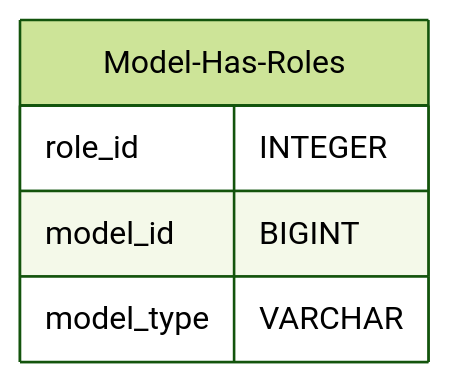
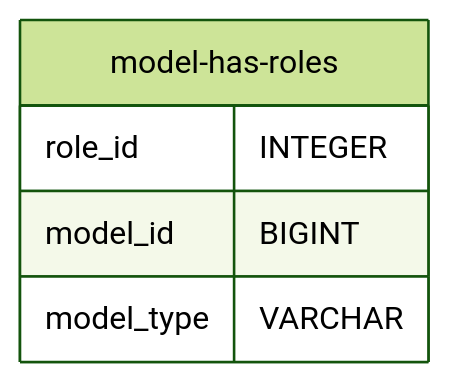
One commit to codeitlikemiley/arta-ecms-docs changed the sixth of 41 diagrams in infrastructure/db-schema.mdx. Above: the diagram before and after it, drawn with Mermaid (forest theme). The commit also changed other lines of this file and 34 other files, not shown here.

````diff
--- a/infrastructure/db-schema.mdx
+++ b/infrastructure/db-schema.mdx
@@ -139,9 +220,9 @@
-```mermaid
+```mermaid model-has-roles.mmd
 erDiagram
-    Model-Has-Roles {
+    model-has-roles {
         role_id INTEGER
         model_id BIGINT
         model_type VARCHAR
     }
 
 ```
````
